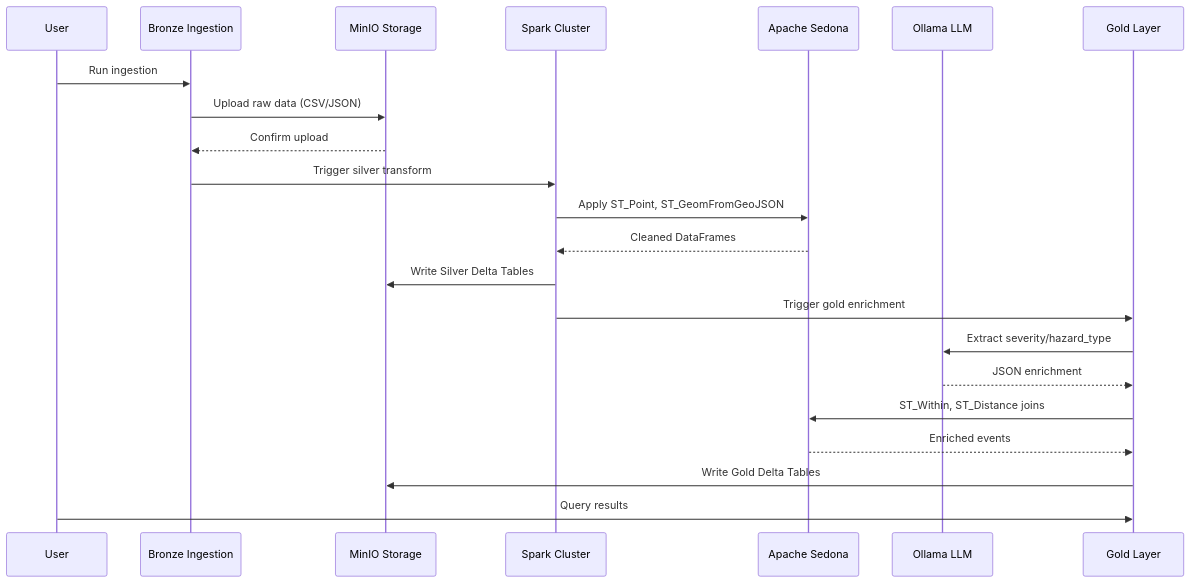
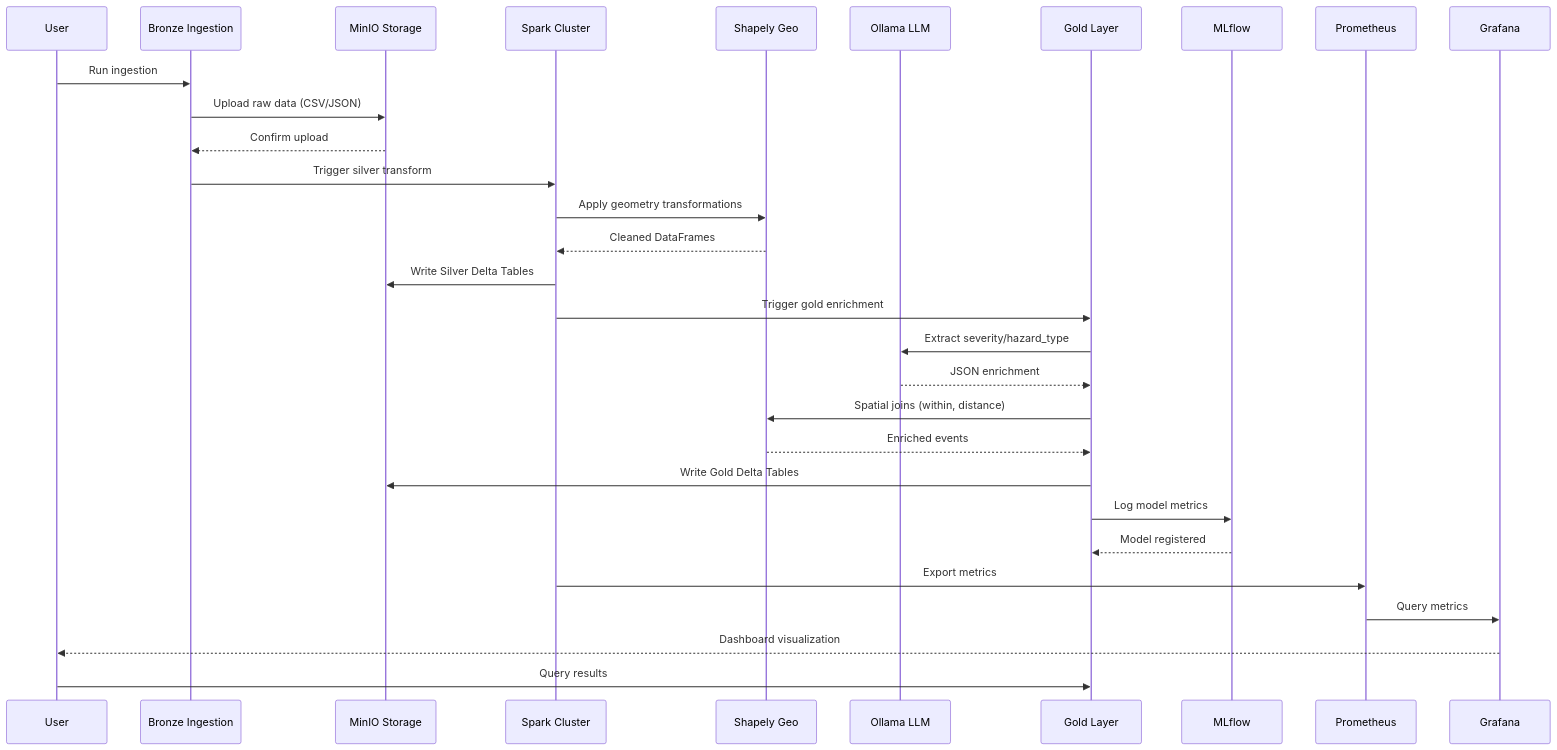
One commit to matiasmagni/geo-ai-medallion-architecture-pipeline changed the third of 4 diagrams in README.md. Above: the diagram before and after it, drawn with Mermaid. The commit also changed other lines of this file and 2 other files, not shown here.

First line of the commit message:
Add: NYC healthcare ML models, Grafana dashboards, and 3D heatmap

````diff
--- a/README.md
+++ b/README.md
@@ -106,28 +160,38 @@
 ```mermaid
 sequenceDiagram
     participant User
     participant Bronze as Bronze Ingestion
     participant MinIO as MinIO Storage
     participant Spark as Spark Cluster
-    participant Sedona as Apache Sedona
+    participant Shapely as Shapely Geo
     participant Ollama as Ollama LLM
     participant Gold as Gold Layer
+    participant MLflow as MLflow
+    participant Prometheus as Prometheus
+    participant Grafana as Grafana
     
     User->>Bronze: Run ingestion
     Bronze->>MinIO: Upload raw data (CSV/JSON)
     MinIO-->>Bronze: Confirm upload
     
     Bronze->>Spark: Trigger silver transform
-    Spark->>Sedona: Apply ST_Point, ST_GeomFromGeoJSON
-    Sedona-->>Spark: Cleaned DataFrames
+    Spark->>Shapely: Apply geometry transformations
+    Shapely-->>Spark: Cleaned DataFrames
     Spark->>MinIO: Write Silver Delta Tables
     
     Spark->>Gold: Trigger gold enrichment
     Gold->>Ollama: Extract severity/hazard_type
     Ollama-->>Gold: JSON enrichment
-    Gold->>Sedona: ST_Within, ST_Distance joins
-    Sedona-->>Gold: Enriched events
+    Gold->>Shapely: Spatial joins (within, distance)
+    Shapely-->>Gold: Enriched events
     Gold->>MinIO: Write Gold Delta Tables
+    
+    Gold->>MLflow: Log model metrics
+    MLflow-->>Gold: Model registered
+    
+    Spark->>Prometheus: Export metrics
+    Prometheus->>Grafana: Query metrics
+    Grafana-->>User: Dashboard visualization
     
     User->>Gold: Query results
 ```
````
